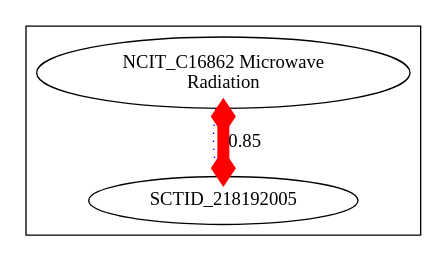
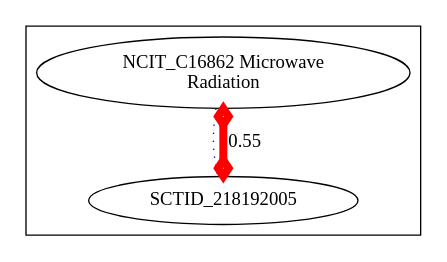
Before and after one commit to cmungall/radiation-ontology: the diagram in target/img-NCIT_C16862.dot, drawn with Graphviz. The commit also changed 18 other files, not shown here.

```diff
--- a/target/img-NCIT_C16862.dot
+++ b/target/img-NCIT_C16862.dot
@@ -1,7 +1,7 @@
 digraph cliquegraph {
 subgraph cluster_NCIT_C16862 {NCIT_C16862 [ label="NCIT_C16862 Microwave
 Radiation" ];
 SCTID_218192005 [ label="SCTID_218192005 " ];}
 NCIT_C16862 -> SCTID_218192005 [ arrowhead = none, penwidth=1, color=blue, label="", style=dotted]
-NCIT_C16862 -> SCTID_218192005 [ arrowhead = ediamond, penwidth=9, color=red, label="0.85", style=solid, arrowtail=ediamond, dir=both]
+NCIT_C16862 -> SCTID_218192005 [ arrowhead = ediamond, penwidth=6, color=red, label="0.55", style=solid, arrowtail=ediamond, dir=both]
 }
```
